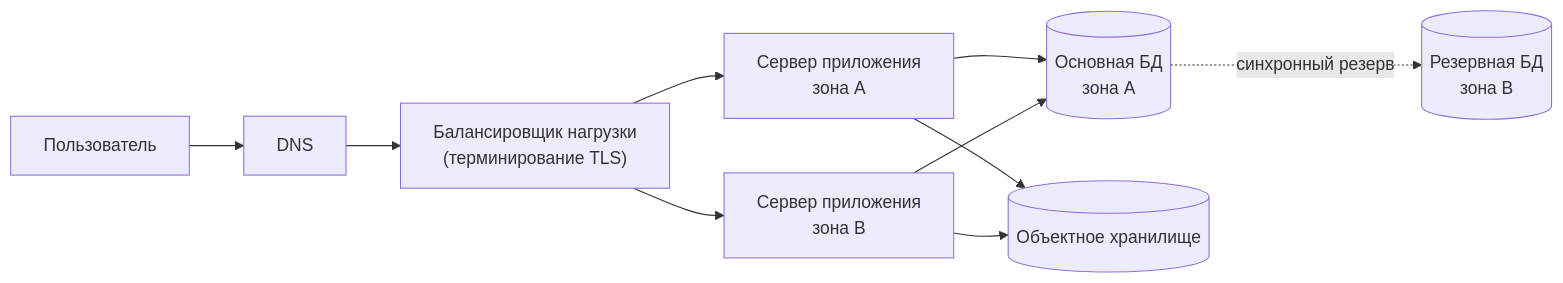
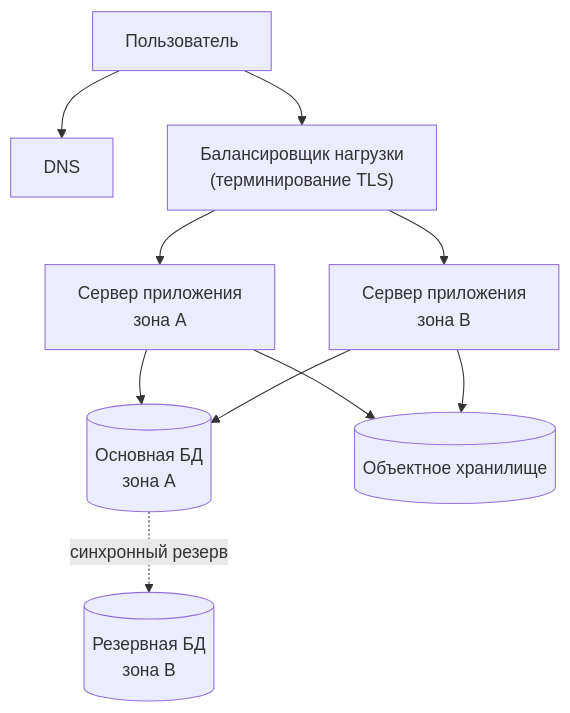
Before and after one commit to butyavk/system-design: the fourth of 9 diagrams in src/content/docs/ru/practice/scaling-to-millions.mdx, drawn with Mermaid. The commit also changed other lines of this file and 144 other files, not shown here.

````diff
--- a/src/content/docs/ru/practice/scaling-to-millions.mdx
+++ b/src/content/docs/ru/practice/scaling-to-millions.mdx
@@ -189,10 +189,10 @@
 ```mermaid
-flowchart LR
+flowchart TB
   user["Пользователь"] --> dns["DNS"]
-  dns --> lb["Балансировщик нагрузки<br/>(терминирование TLS)"]
+  user --> lb["Балансировщик нагрузки<br/>(терминирование TLS)"]
   lb --> app1["Сервер приложения<br/>зона A"]
   lb --> app2["Сервер приложения<br/>зона B"]
   app1 & app2 --> db[("Основная БД<br/>зона A")]
   db -.->|"синхронный резерв"| standby[("Резервная БД<br/>зона B")]
   app1 & app2 --> obj[("Объектное хранилище")]
 ```
````
